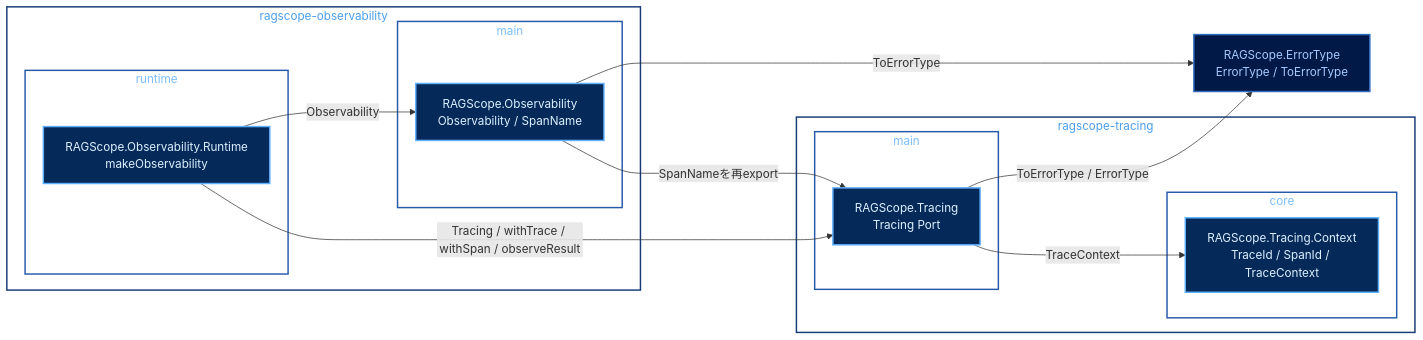
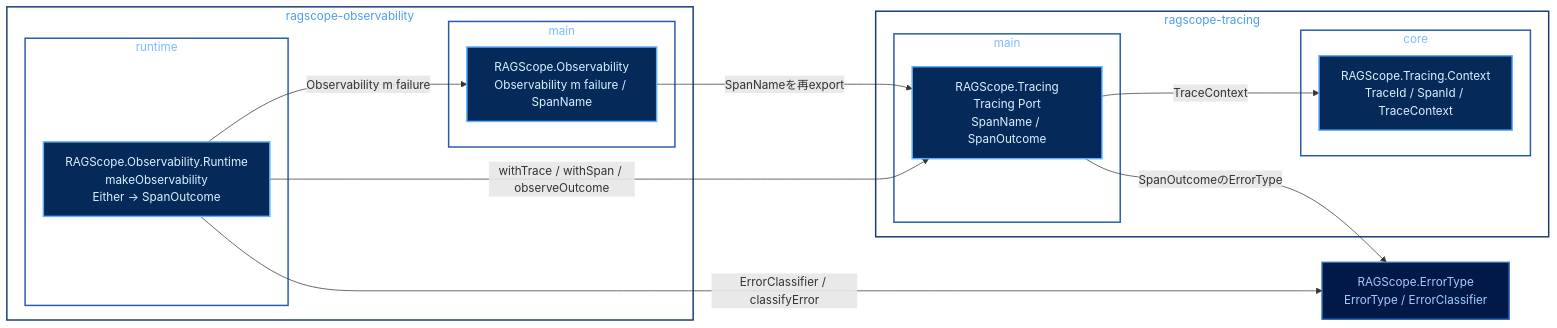
Before and after one commit to takashit16833/Workbench: the diagram in Notes/RAGScope/RAGScopeアプリケーション/実行追跡・構造化ログ静的依存図 Observability・Tracing.md, drawn with Mermaid. The commit also changed other lines of this file and 5 other files, not shown here.

````diff
--- a/Notes/RAGScope/RAGScopeアプリケーション/実行追跡・構造化ログ静的依存図 Observability・Tracing.md
+++ b/Notes/RAGScope/RAGScopeアプリケーション/実行追跡・構造化ログ静的依存図 Observability・Tracing.md
@@ -21,44 +21,44 @@
 ```mermaid
 flowchart LR
     subgraph pkg_obs["ragscope-observability"]
         subgraph obs_main_lib["main"]
-            obs["RAGScope.Observability<br/>Observability / SpanName"]
+            obs["RAGScope.Observability<br/>Observability m failure / SpanName"]
         end
         subgraph obs_runtime_lib["runtime"]
-            runtime["RAGScope.Observability.Runtime<br/>makeObservability"]
+            runtime["RAGScope.Observability.Runtime<br/>makeObservability<br/>Either → SpanOutcome"]
         end
     end
 
     subgraph pkg_tracing["ragscope-tracing"]
         subgraph tracing_main_lib["main"]
-            tracing["RAGScope.Tracing<br/>Tracing Port"]
+            tracing["RAGScope.Tracing<br/>Tracing Port<br/>SpanName / SpanOutcome"]
         end
         subgraph tracing_core_lib["core"]
             context["RAGScope.Tracing.Context<br/>TraceId / SpanId / TraceContext"]
         end
     end
 
-    error_type["RAGScope.ErrorType<br/>ErrorType / ToErrorType"]
+    error_type["RAGScope.ErrorType<br/>ErrorType / ErrorClassifier"]
 
-    obs -->|ToErrorType| error_type
     obs -->|SpanNameを再export| tracing
 
-    runtime -->|Observability| obs
-    runtime -->|Tracing / withTrace / withSpan / observeResult| tracing
+    runtime -->|Observability m failure| obs
+    runtime -->|withTrace / withSpan / observeOutcome| tracing
+    runtime -->|ErrorClassifier / classifyError| error_type
 
-    tracing -->|ToErrorType / ErrorType| error_type
+    tracing -->|SpanOutcomeのErrorType| error_type
     tracing -->|TraceContext| context
 
     classDef public fill:#052A59,stroke:#5EAFFF,color:#DDF0FF,stroke-width:2px
     classDef outside fill:#001947,stroke:#316CBD,color:#A6CAFF,stroke-width:2px
 
     class obs,runtime,tracing,context public
     class error_type outside
 
     style pkg_obs fill:transparent,stroke:#153A75,color:#4C9EEB,stroke-width:2px
     style pkg_tracing fill:transparent,stroke:#153A75,color:#4C9EEB,stroke-width:2px
     style obs_main_lib fill:transparent,stroke:#2759AA,color:#7CBEFF,stroke-width:2px
     style obs_runtime_lib fill:transparent,stroke:#2759AA,color:#7CBEFF,stroke-width:2px
     style tracing_main_lib fill:transparent,stroke:#2759AA,color:#7CBEFF,stroke-width:2px
     style tracing_core_lib fill:transparent,stroke:#2759AA,color:#7CBEFF,stroke-width:2px
 ```
````
